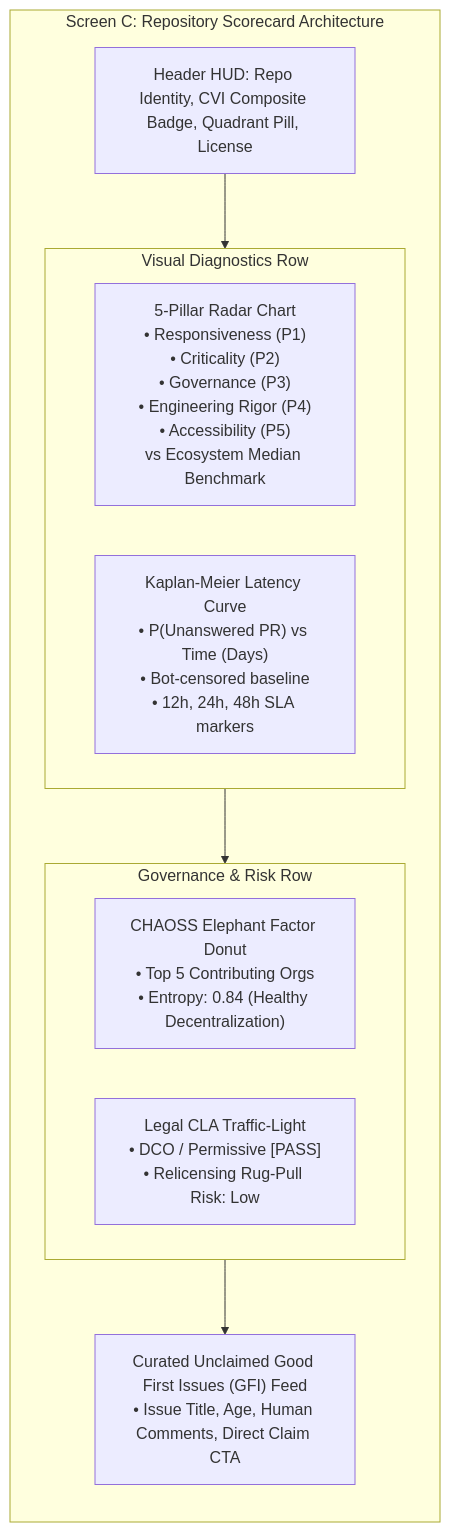
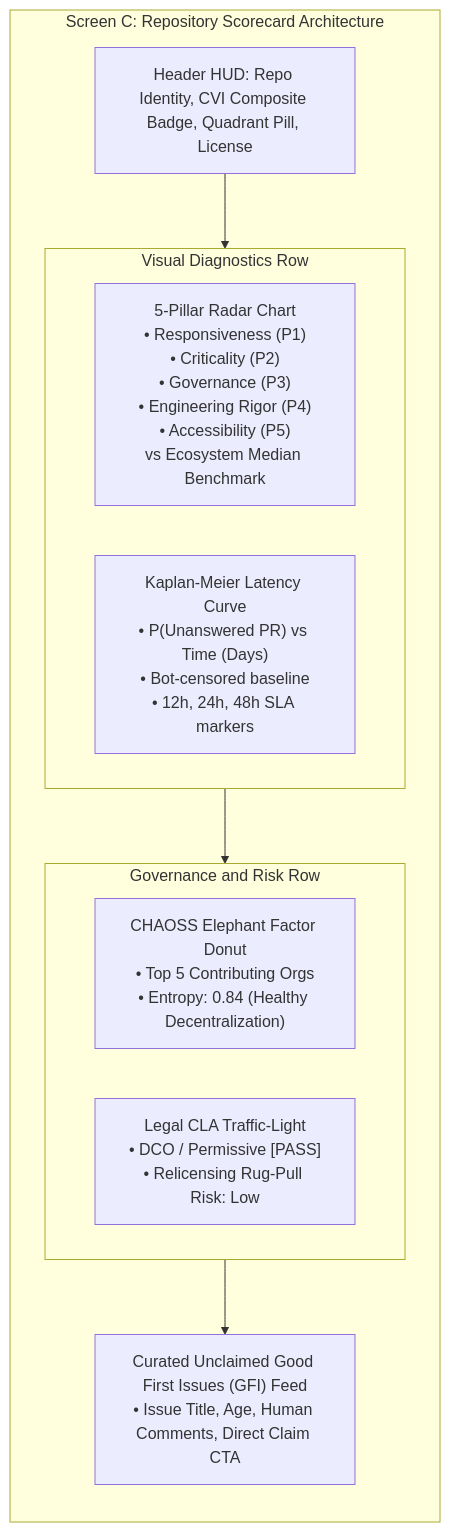
One commit to pctablet505/porchlamp-engine changed the eighth of 10 diagrams in docs/UI_UX_SPECIFICATION.md. Above: the diagram before and after it, drawn with Mermaid. The commit also changed other lines of this file and 3 other files, not shown here.

Commit message:
docs: resolve all GFM, KaTeX, and Mermaid rendering issues across architecture and UI specs

````diff
--- a/docs/UI_UX_SPECIFICATION.md
+++ b/docs/UI_UX_SPECIFICATION.md
@@ -426,25 +367,25 @@
 ```mermaid
 flowchart TB
     subgraph ScorecardLayout ["Screen C: Repository Scorecard Architecture"]
         direction TB
         Header["Header HUD: Repo Identity, CVI Composite Badge, Quadrant Pill, License"]
         
         subgraph VisualDuo ["Visual Diagnostics Row"]
             direction LR
             Radar["5-Pillar Radar Chart<br/>• Responsiveness (P1)<br/>• Criticality (P2)<br/>• Governance (P3)<br/>• Engineering Rigor (P4)<br/>• Accessibility (P5)<br/>vs Ecosystem Median Benchmark"]
             SurvivalCurve["Kaplan-Meier Latency Curve<br/>• P(Unanswered PR) vs Time (Days)<br/>• Bot-censored baseline<br/>• 12h, 24h, 48h SLA markers"]
         end
 
-        subgraph GovernanceDuo ["Governance & Risk Row"]
+        subgraph GovernanceDuo ["Governance and Risk Row"]
             direction LR
             ElephantChart["CHAOSS Elephant Factor Donut<br/>• Top 5 Contributing Orgs<br/>• Entropy: 0.84 (Healthy Decentralization)"]
             CLAMatrix["Legal CLA Traffic-Light<br/>• DCO / Permissive [PASS]<br/>• Relicensing Rug-Pull Risk: Low"]
         end
 
         GFIStream["Curated Unclaimed Good First Issues (GFI) Feed<br/>• Issue Title, Age, Human Comments, Direct Claim CTA"]
     end
 
     Header --> VisualDuo
     VisualDuo --> GovernanceDuo
     GovernanceDuo --> GFIStream
 ```
````
